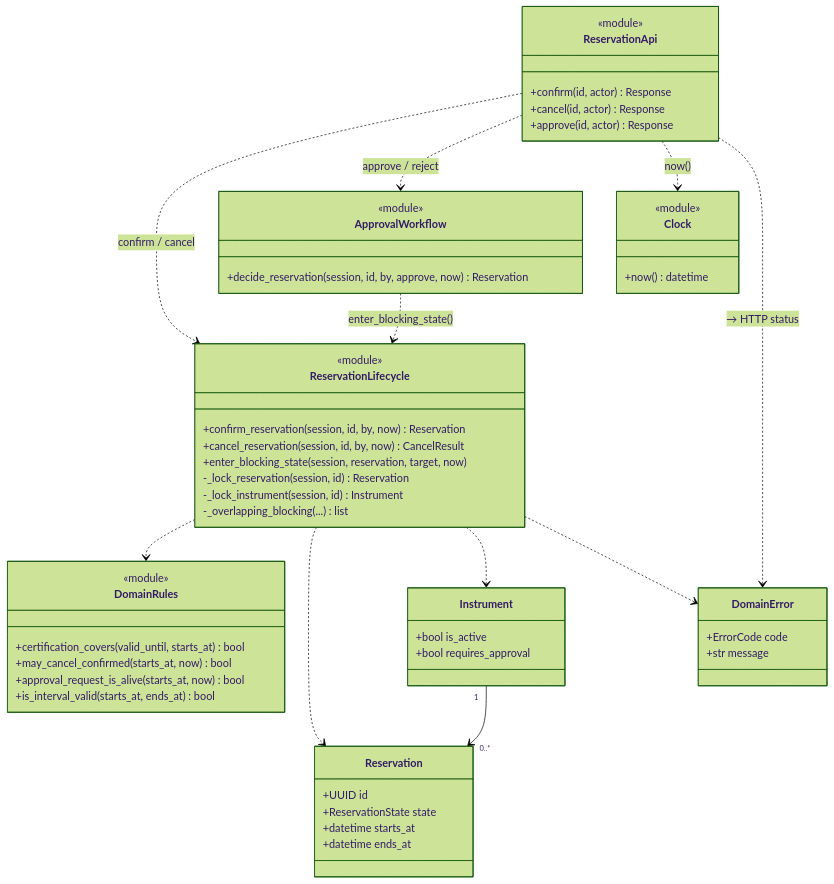
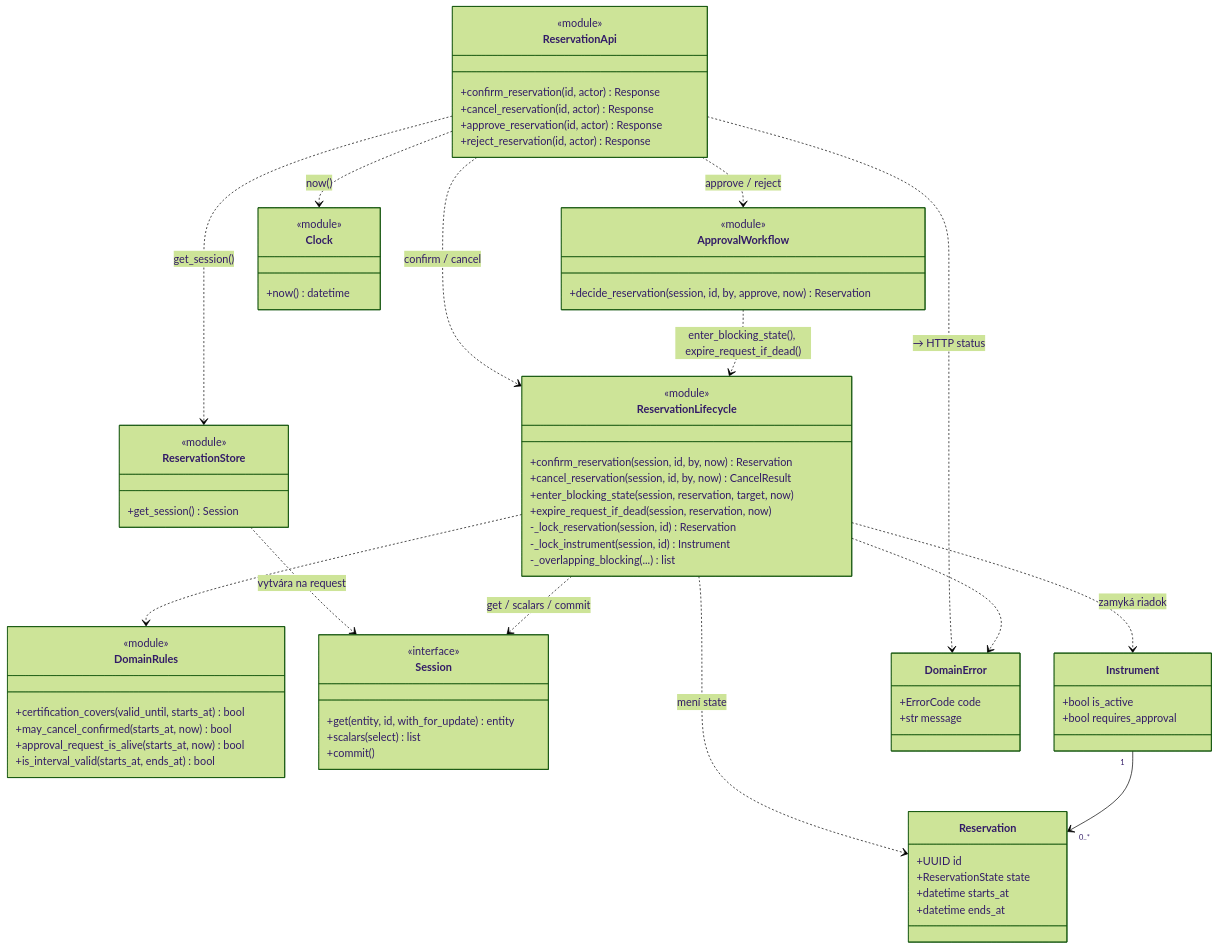
The third of 3 diagrams in docs/architecture-and-decisions.md (thspowered/SWI-LAB), drawn with Mermaid (forest theme) before and after one commit. The commit also changed other lines of this file and 7 other files, not shown here.

````diff
--- a/docs/architecture-and-decisions.md
+++ b/docs/architecture-and-decisions.md
@@ -737,58 +829,73 @@
 ```mermaid
 classDiagram
     class ReservationApi {
         <<module>>
-        +confirm(id, actor) Response
-        +cancel(id, actor) Response
-        +approve(id, actor) Response
+        +confirm_reservation(id, actor) Response
+        +cancel_reservation(id, actor) Response
+        +approve_reservation(id, actor) Response
+        +reject_reservation(id, actor) Response
     }
     class ReservationLifecycle {
         <<module>>
         +confirm_reservation(session, id, by, now) Reservation
         +cancel_reservation(session, id, by, now) CancelResult
         +enter_blocking_state(session, reservation, target, now)
+        +expire_request_if_dead(session, reservation, now)
         -_lock_reservation(session, id) Reservation
         -_lock_instrument(session, id) Instrument
         -_overlapping_blocking(...) list
     }
     class ApprovalWorkflow {
         <<module>>
         +decide_reservation(session, id, by, approve, now) Reservation
     }
     class DomainRules {
         <<module>>
         +certification_covers(valid_until, starts_at) bool
         +may_cancel_confirmed(starts_at, now) bool
         +approval_request_is_alive(starts_at, now) bool
         +is_interval_valid(starts_at, ends_at) bool
     }
     class Clock {
         <<module>>
         +now() datetime
     }
+    class ReservationStore {
+        <<module>>
+        +get_session() Session
+    }
+    class Session {
+        <<interface>>
+        +get(entity, id, with_for_update) entity
+        +scalars(select) list
+        +commit()
+    }
     class Reservation {
         +UUID id
         +ReservationState state
         +datetime starts_at
         +datetime ends_at
     }
     class Instrument {
         +bool is_active
         +bool requires_approval
     }
     class DomainError {
         +ErrorCode code
         +str message
     }
 
     ReservationApi ..> ReservationLifecycle : confirm / cancel
     ReservationApi ..> ApprovalWorkflow : approve / reject
     ReservationApi ..> Clock : now()
+    ReservationApi ..> ReservationStore : get_session()
     ReservationApi ..> DomainError : → HTTP status
-    ApprovalWorkflow ..> ReservationLifecycle : enter_blocking_state()
+    ApprovalWorkflow ..> ReservationLifecycle : enter_blocking_state(), expire_request_if_dead()
+    ReservationStore ..> Session : vytvára na request
+    ReservationLifecycle ..> Session : get / scalars / commit
     ReservationLifecycle ..> DomainRules
-    ReservationLifecycle ..> Reservation
-    ReservationLifecycle ..> Instrument
+    ReservationLifecycle ..> Reservation : mení state
+    ReservationLifecycle ..> Instrument : zamyká riadok
     ReservationLifecycle ..> DomainError
     Instrument "1" --> "0..*" Reservation
 ```
````
